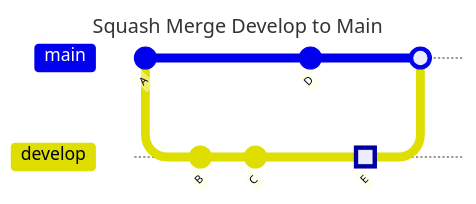
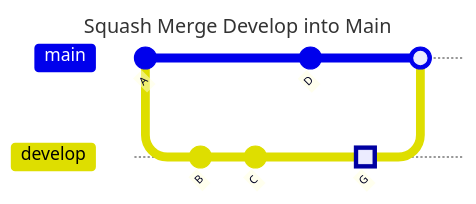
One commit to robertwalker/DemoSandbox changed diagram 15 of 19 in demos/IntermediateGit.md. Above: the diagram before and after it, drawn with Mermaid. The commit also changed other lines of this file, not shown here.

````diff
--- a/demos/IntermediateGit.md
+++ b/demos/IntermediateGit.md
@@ -353,20 +359,20 @@
 ```mermaid
 ---
-title: Squash Merge Develop to Main
+title: Squash Merge Develop into Main
 config:
   theme: default
 mainBranchName: main
 ---
 gitGraph:
     commit id: "A"
     branch develop
     checkout develop
     commit id: "B"
     commit id: "C"
     checkout main
     commit id: "D"
     checkout develop
-    commit id: "E" type: HIGHLIGHT
+    commit id: "G" type: HIGHLIGHT
     checkout main
     merge develop
 ```
````
